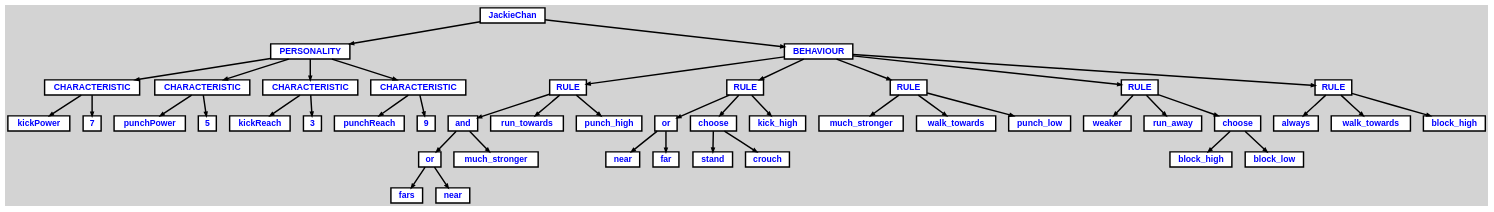
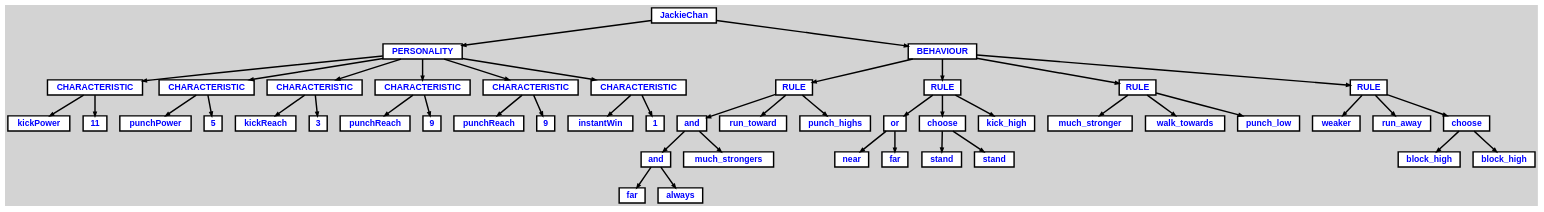
The diagram in mrjorrit/output/AST.dot (tvdstorm/sea-of-saf), drawn with Graphviz before and after one commit. The commit also changed 18 other files, not shown here.

```diff
--- a/mrjorrit/output/AST.dot
+++ b/mrjorrit/output/AST.dot
@@ -1,116 +1,121 @@
 digraph {
 
 	ordering=out;
 	ranksep=.4;
 	bgcolor="lightgrey"; node [shape=box, fixedsize=false, fontsize=12, fontname="Helvetica-bold", fontcolor="blue"
 		width=.25, height=.25, color="black", fillcolor="white", style="filled, solid, bold"];
 	edge [arrowsize=.5, color="black", style="bold"]
 
   n0 [label="JackieChan"];
   n1 [label="PERSONALITY"];
   n1 [label="PERSONALITY"];
   n2 [label="CHARACTERISTIC"];
   n2 [label="CHARACTERISTIC"];
   n3 [label="kickPower"];
-  n4 [label="7"];
+  n4 [label="11"];
   n5 [label="CHARACTERISTIC"];
   n5 [label="CHARACTERISTIC"];
   n6 [label="punchPower"];
   n7 [label="5"];
   n8 [label="CHARACTERISTIC"];
   n8 [label="CHARACTERISTIC"];
   n9 [label="kickReach"];
   n10 [label="3"];
   n11 [label="CHARACTERISTIC"];
   n11 [label="CHARACTERISTIC"];
   n12 [label="punchReach"];
   n13 [label="9"];
-  n14 [label="BEHAVIOUR"];
-  n14 [label="BEHAVIOUR"];
-  n15 [label="RULE"];
-  n15 [label="RULE"];
-  n16 [label="and"];
-  n16 [label="and"];
-  n17 [label="or"];
-  n17 [label="or"];
-  n18 [label="fars"];
-  n19 [label="near"];
-  n20 [label="much_stronger"];
-  n21 [label="run_towards"];
-  n22 [label="punch_high"];
-  n23 [label="RULE"];
-  n23 [label="RULE"];
-  n24 [label="or"];
-  n24 [label="or"];
-  n25 [label="near"];
-  n26 [label="far"];
-  n27 [label="choose"];
-  n27 [label="choose"];
-  n28 [label="stand"];
-  n29 [label="crouch"];
-  n30 [label="kick_high"];
-  n31 [label="RULE"];
-  n31 [label="RULE"];
-  n32 [label="much_stronger"];
-  n33 [label="walk_towards"];
-  n34 [label="punch_low"];
-  n35 [label="RULE"];
-  n35 [label="RULE"];
-  n36 [label="weaker"];
-  n37 [label="run_away"];
-  n38 [label="choose"];
-  n38 [label="choose"];
-  n39 [label="block_high"];
-  n40 [label="block_low"];
+  n14 [label="CHARACTERISTIC"];
+  n14 [label="CHARACTERISTIC"];
+  n15 [label="punchReach"];
+  n16 [label="9"];
+  n17 [label="CHARACTERISTIC"];
+  n17 [label="CHARACTERISTIC"];
+  n18 [label="instantWin"];
+  n19 [label="1"];
+  n20 [label="BEHAVIOUR"];
+  n20 [label="BEHAVIOUR"];
+  n21 [label="RULE"];
+  n21 [label="RULE"];
+  n22 [label="and"];
+  n22 [label="and"];
+  n23 [label="and"];
+  n23 [label="and"];
+  n24 [label="far"];
+  n25 [label="always"];
+  n26 [label="much_strongers"];
+  n27 [label="run_toward"];
+  n28 [label="punch_highs"];
+  n29 [label="RULE"];
+  n29 [label="RULE"];
+  n30 [label="or"];
+  n30 [label="or"];
+  n31 [label="near"];
+  n32 [label="far"];
+  n33 [label="choose"];
+  n33 [label="choose"];
+  n34 [label="stand"];
+  n35 [label="stand"];
+  n36 [label="kick_high"];
+  n37 [label="RULE"];
+  n37 [label="RULE"];
+  n38 [label="much_stronger"];
+  n39 [label="walk_towards"];
+  n40 [label="punch_low"];
   n41 [label="RULE"];
   n41 [label="RULE"];
-  n42 [label="always"];
-  n43 [label="walk_towards"];
-  n44 [label="block_high"];
+  n42 [label="weaker"];
+  n43 [label="run_away"];
+  n44 [label="choose"];
+  n44 [label="choose"];
+  n45 [label="block_high"];
+  n46 [label="block_high"];
 
   n0 -> n1 // "JackieChan" -> "PERSONALITY"
   n1 -> n2 // "PERSONALITY" -> "CHARACTERISTIC"
   n2 -> n3 // "CHARACTERISTIC" -> "kickPower"
-  n2 -> n4 // "CHARACTERISTIC" -> "7"
+  n2 -> n4 // "CHARACTERISTIC" -> "11"
   n1 -> n5 // "PERSONALITY" -> "CHARACTERISTIC"
   n5 -> n6 // "CHARACTERISTIC" -> "punchPower"
   n5 -> n7 // "CHARACTERISTIC" -> "5"
   n1 -> n8 // "PERSONALITY" -> "CHARACTERISTIC"
   n8 -> n9 // "CHARACTERISTIC" -> "kickReach"
   n8 -> n10 // "CHARACTERISTIC" -> "3"
   n1 -> n11 // "PERSONALITY" -> "CHARACTERISTIC"
   n11 -> n12 // "CHARACTERISTIC" -> "punchReach"
   n11 -> n13 // "CHARACTERISTIC" -> "9"
-  n0 -> n14 // "JackieChan" -> "BEHAVIOUR"
-  n14 -> n15 // "BEHAVIOUR" -> "RULE"
-  n15 -> n16 // "RULE" -> "and"
-  n16 -> n17 // "and" -> "or"
-  n17 -> n18 // "or" -> "fars"
-  n17 -> n19 // "or" -> "near"
-  n16 -> n20 // "and" -> "much_stronger"
-  n15 -> n21 // "RULE" -> "run_towards"
-  n15 -> n22 // "RULE" -> "punch_high"
-  n14 -> n23 // "BEHAVIOUR" -> "RULE"
-  n23 -> n24 // "RULE" -> "or"
-  n24 -> n25 // "or" -> "near"
-  n24 -> n26 // "or" -> "far"
-  n23 -> n27 // "RULE" -> "choose"
-  n27 -> n28 // "choose" -> "stand"
-  n27 -> n29 // "choose" -> "crouch"
-  n23 -> n30 // "RULE" -> "kick_high"
-  n14 -> n31 // "BEHAVIOUR" -> "RULE"
-  n31 -> n32 // "RULE" -> "much_stronger"
-  n31 -> n33 // "RULE" -> "walk_towards"
-  n31 -> n34 // "RULE" -> "punch_low"
-  n14 -> n35 // "BEHAVIOUR" -> "RULE"
-  n35 -> n36 // "RULE" -> "weaker"
-  n35 -> n37 // "RULE" -> "run_away"
-  n35 -> n38 // "RULE" -> "choose"
-  n38 -> n39 // "choose" -> "block_high"
-  n38 -> n40 // "choose" -> "block_low"
-  n14 -> n41 // "BEHAVIOUR" -> "RULE"
-  n41 -> n42 // "RULE" -> "always"
-  n41 -> n43 // "RULE" -> "walk_towards"
-  n41 -> n44 // "RULE" -> "block_high"
+  n1 -> n14 // "PERSONALITY" -> "CHARACTERISTIC"
+  n14 -> n15 // "CHARACTERISTIC" -> "punchReach"
+  n14 -> n16 // "CHARACTERISTIC" -> "9"
+  n1 -> n17 // "PERSONALITY" -> "CHARACTERISTIC"
+  n17 -> n18 // "CHARACTERISTIC" -> "instantWin"
+  n17 -> n19 // "CHARACTERISTIC" -> "1"
+  n0 -> n20 // "JackieChan" -> "BEHAVIOUR"
+  n20 -> n21 // "BEHAVIOUR" -> "RULE"
+  n21 -> n22 // "RULE" -> "and"
+  n22 -> n23 // "and" -> "and"
+  n23 -> n24 // "and" -> "far"
+  n23 -> n25 // "and" -> "always"
+  n22 -> n26 // "and" -> "much_strongers"
+  n21 -> n27 // "RULE" -> "run_toward"
+  n21 -> n28 // "RULE" -> "punch_highs"
+  n20 -> n29 // "BEHAVIOUR" -> "RULE"
+  n29 -> n30 // "RULE" -> "or"
+  n30 -> n31 // "or" -> "near"
+  n30 -> n32 // "or" -> "far"
+  n29 -> n33 // "RULE" -> "choose"
+  n33 -> n34 // "choose" -> "stand"
+  n33 -> n35 // "choose" -> "stand"
+  n29 -> n36 // "RULE" -> "kick_high"
+  n20 -> n37 // "BEHAVIOUR" -> "RULE"
+  n37 -> n38 // "RULE" -> "much_stronger"
+  n37 -> n39 // "RULE" -> "walk_towards"
+  n37 -> n40 // "RULE" -> "punch_low"
+  n20 -> n41 // "BEHAVIOUR" -> "RULE"
+  n41 -> n42 // "RULE" -> "weaker"
+  n41 -> n43 // "RULE" -> "run_away"
+  n41 -> n44 // "RULE" -> "choose"
+  n44 -> n45 // "choose" -> "block_high"
+  n44 -> n46 // "choose" -> "block_high"
 
 }
```
